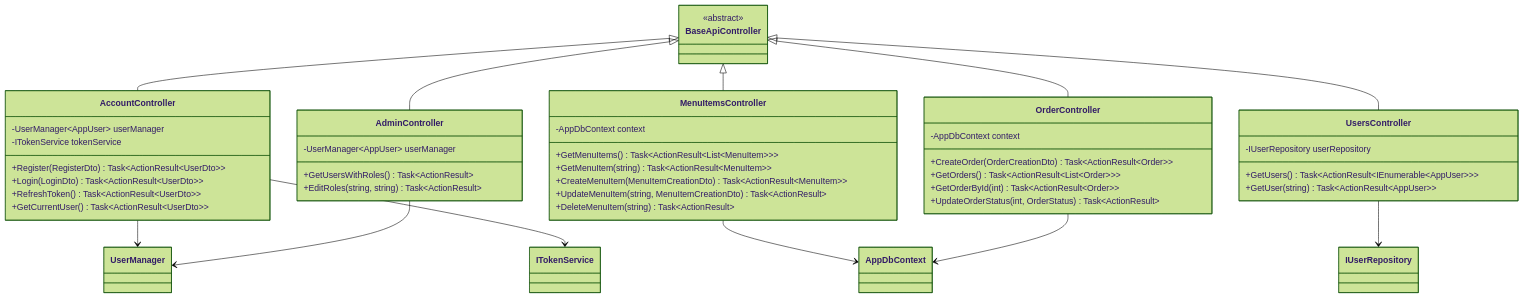
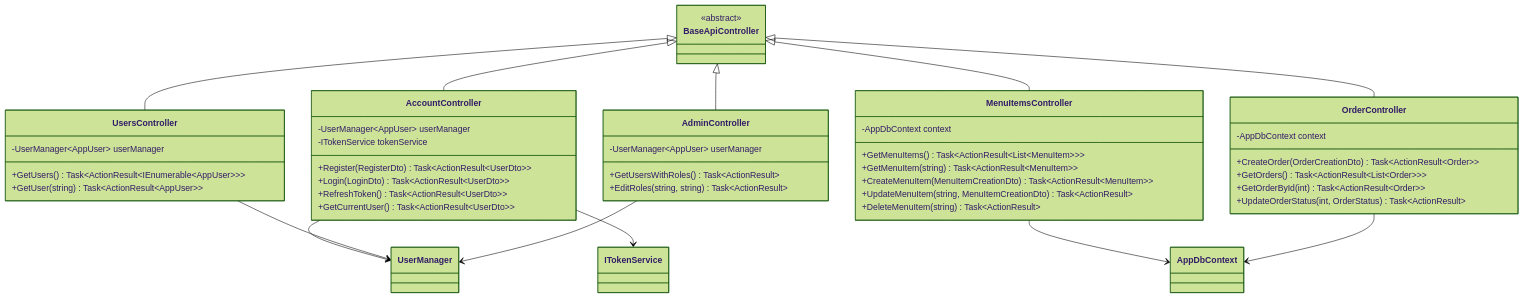
One commit to ajlile98/dotnet-coffee-shop changed the fifth of 7 diagrams in coffee-shop-uml.md. Above: the diagram before and after it, drawn with Mermaid (forest theme). The commit also changed other lines of this file, not shown here.

Commit message:
removed deprecated user repository

````diff
--- a/coffee-shop-uml.md
+++ b/coffee-shop-uml.md
@@ -274,58 +265,58 @@
 ```mermaid
 classDiagram
     class BaseApiController {
         <<abstract>>
     }
     
     class AccountController {
         -UserManager~AppUser~ userManager
         -ITokenService tokenService
         +Register(RegisterDto) Task~ActionResult~UserDto~~
         +Login(LoginDto) Task~ActionResult~UserDto~~
         +RefreshToken() Task~ActionResult~UserDto~~
         +GetCurrentUser() Task~ActionResult~UserDto~~
     }
     
     class MenuItemsController {
         -AppDbContext context
         +GetMenuItems() Task~ActionResult~List~MenuItem~~~
         +GetMenuItem(string) Task~ActionResult~MenuItem~~
         +CreateMenuItem(MenuItemCreationDto) Task~ActionResult~MenuItem~~
         +UpdateMenuItem(string, MenuItemCreationDto) Task~ActionResult~
         +DeleteMenuItem(string) Task~ActionResult~
     }
     
     class OrderController {
         -AppDbContext context
         +CreateOrder(OrderCreationDto) Task~ActionResult~Order~~
         +GetOrders() Task~ActionResult~List~Order~~~
         +GetOrderById(int) Task~ActionResult~Order~~
         +UpdateOrderStatus(int, OrderStatus) Task~ActionResult~
     }
     
     class UsersController {
-        -IUserRepository userRepository
+        -UserManager~AppUser~ userManager
         +GetUsers() Task~ActionResult~IEnumerable~AppUser~~~
         +GetUser(string) Task~ActionResult~AppUser~~
     }
     
     class AdminController {
         -UserManager~AppUser~ userManager
         +GetUsersWithRoles() Task~ActionResult~
         +EditRoles(string, string) Task~ActionResult~
     }
     
     %% Relationships
     BaseApiController <|-- AccountController
     BaseApiController <|-- MenuItemsController
     BaseApiController <|-- OrderController
     BaseApiController <|-- UsersController
     BaseApiController <|-- AdminController
     
     AccountController --> UserManager
     AccountController --> ITokenService
     MenuItemsController --> AppDbContext
     OrderController --> AppDbContext
-    UsersController --> IUserRepository
+    UsersController --> UserManager
     AdminController --> UserManager
 ```
````
